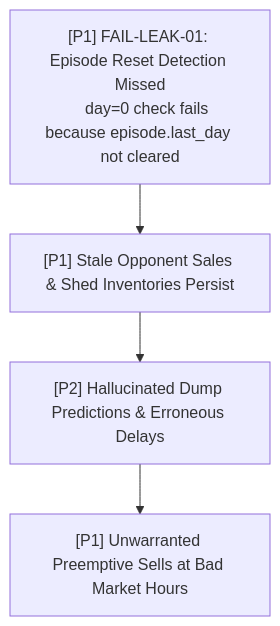
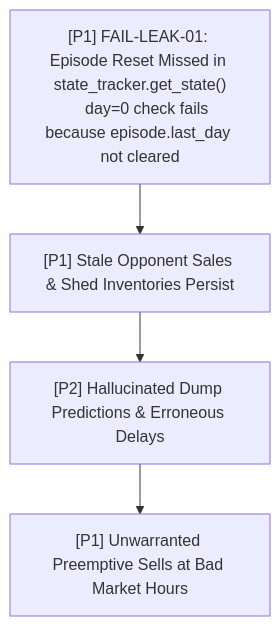
Before and after one commit to aaryasj0310-stack/farm: the ninth of 10 diagrams in architecture/failure_propagation.md, drawn with Mermaid. The commit also changed other lines of this file and 242 other files, not shown here.

````diff
--- a/architecture/failure_propagation.md
+++ b/architecture/failure_propagation.md
@@ -187,10 +237,10 @@
 ```mermaid
 flowchart TD
-    F1["[P1] FAIL-LEAK-01: Episode Reset Detection Missed
+    F1["[P1] FAIL-LEAK-01: Episode Reset Missed in state_tracker.get_state()
     day=0 check fails because episode.last_day not cleared"]
     F2["[P1] Stale Opponent Sales & Shed Inventories Persist"]
     F3["[P2] Hallucinated Dump Predictions & Erroneous Delays"]
     F4["[P1] Unwarranted Preemptive Sells at Bad Market Hours"]
 
     F1 --> F2 --> F3 --> F4
 ```
````
